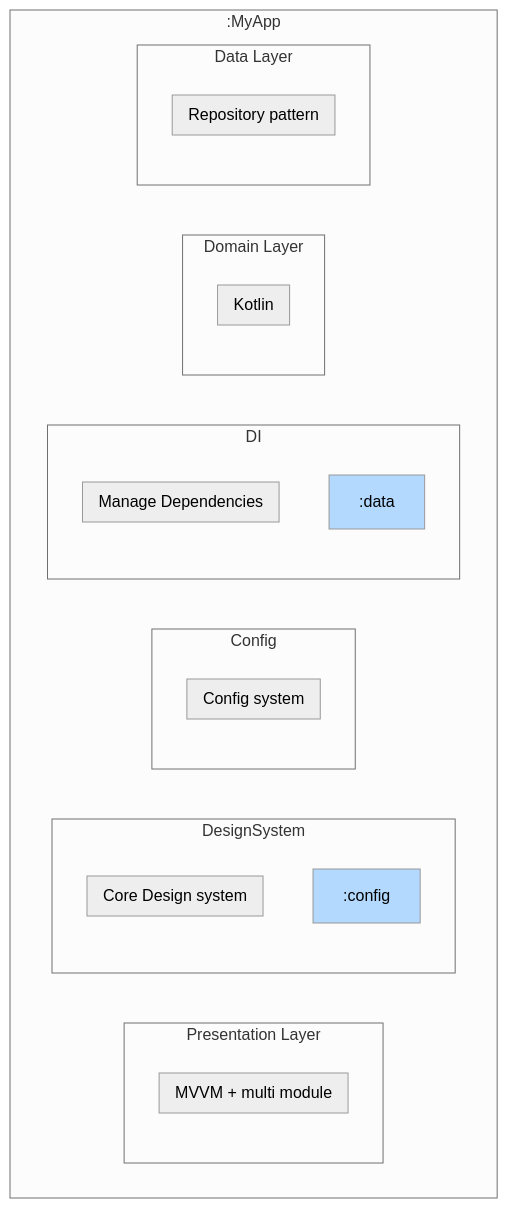
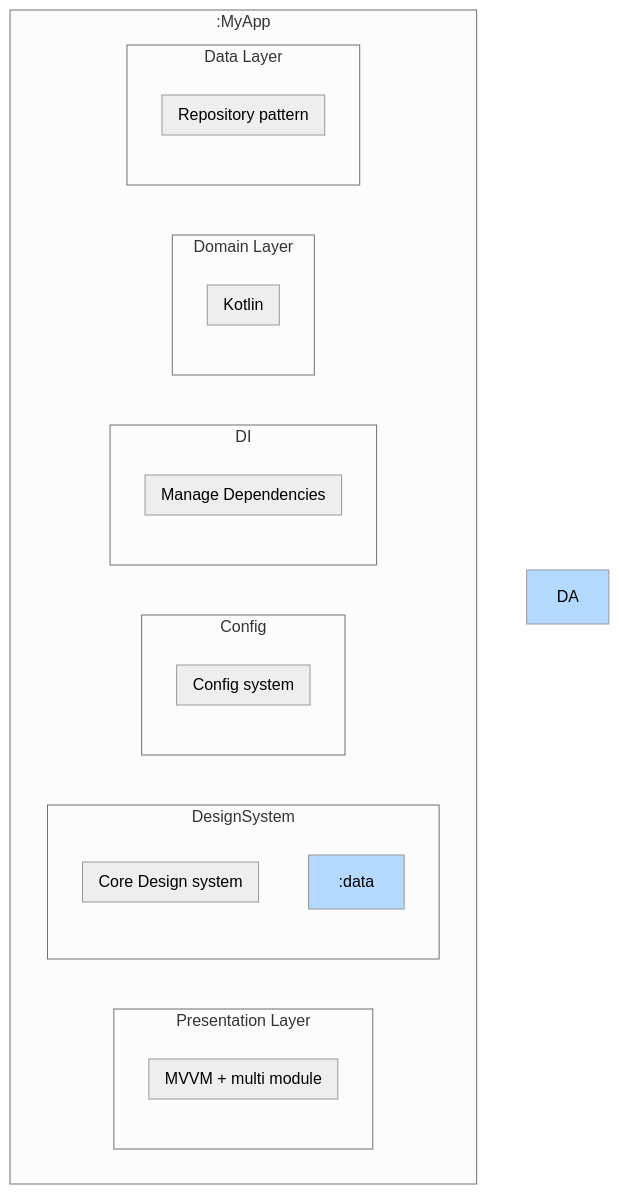
The diagram in README.md (nguyenthe0107/tymex), drawn with Mermaid (neutral theme) before and after one commit.

````diff
--- a/README.md
+++ b/README.md
@@ -79,50 +79,50 @@
 ```mermaid
 graph TD
     subgraph Application[:MyApp]
         subgraph "Presentation Layer"
             direction TB
             subgraph "MVVM + multi module"
             end
         end
 
         subgraph "DesignSystem"
             direction TB
-            DA[":designsystem"]
+            D[":designsystem"]
             style DA fill:#b3d9ff
             subgraph "Core Design system"
             end
         end
 
         subgraph "Config"
             direction TB
-            DA[":config"]
+            D[":config"]
             style DA fill:#b3d9ff
             subgraph "Config system"
             end
         end
 
         subgraph "DI"
             direction TB
             D[":di"]
             style DA fill:#b3d9ff
             subgraph "Manage Dependencies"
             end
         end
 
         subgraph "Domain Layer"
             direction TB
             D[":domain"]
             style D fill:#b3d9ff
             subgraph "Kotlin"
             end
         end
 
         subgraph "Data Layer"
             direction TB
             D[":data"]
             style DA fill:#b3d9ff
             subgraph "Repository pattern"
             end
         end
     end
 ```
````
